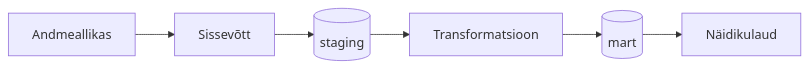
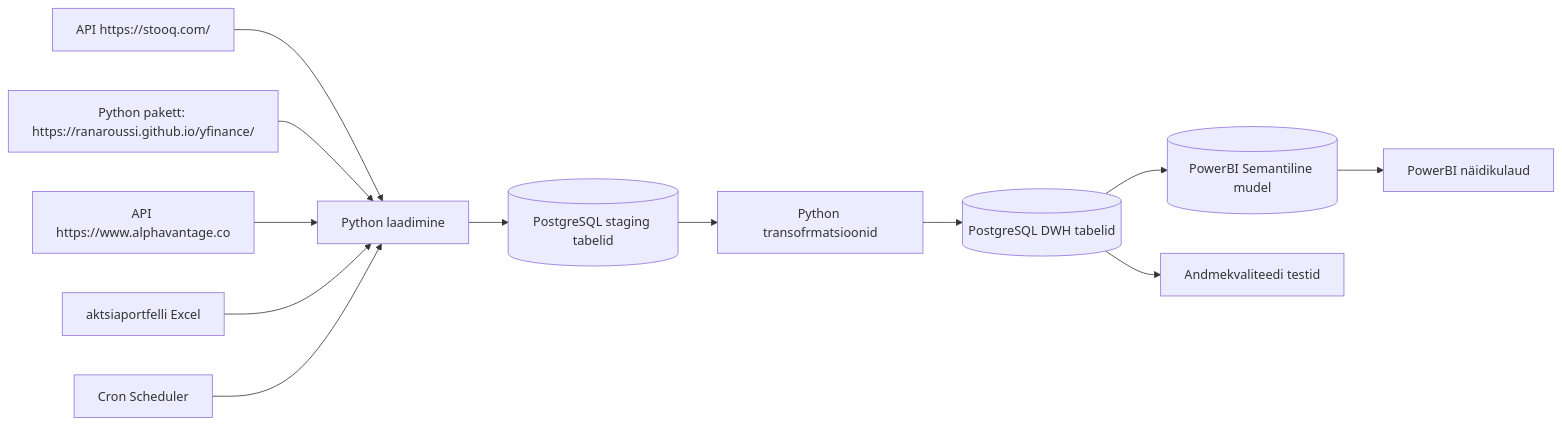
Before and after one commit to rkapp22/PortfolioTracker: the diagram in README.md, drawn with Mermaid. The commit also changed other lines of this file and 1 other file, not shown here.

````diff
--- a/README.md
+++ b/README.md
@@ -23,8 +23,14 @@
 ```mermaid
 flowchart LR
-    source[Andmeallikas] --> ingest[Sissevõtt]
-    ingest --> staging[(staging)]
-    staging --> transform[Transformatsioon]
-    transform --> mart[(mart)]
-    mart --> dashboard[Näidikulaud]
+    source[API https://stooq.com/] --> ingest[Python laadimine]
+    source2[Python pakett: https://ranaroussi.github.io/yfinance/] --> ingest
+    source3[API https://www.alphavantage.co] --> ingest
+    source4[aktsiaportfelli Excel] --> ingest
+    ingest --> staging[(PostgreSQL staging tabelid)]
+    staging --> transform[Python transofrmatsioonid]
+    transform --> mart[(PostgreSQL DWH tabelid)]
+    mart --> semantic_model[(PowerBI Semantiline mudel)]
+    semantic_model --> dashboard[PowerBI näidikulaud]
+    mart --> quality[Andmekvaliteedi testid]
+    scheduler[Cron Scheduler] --> ingest
 ```
````
